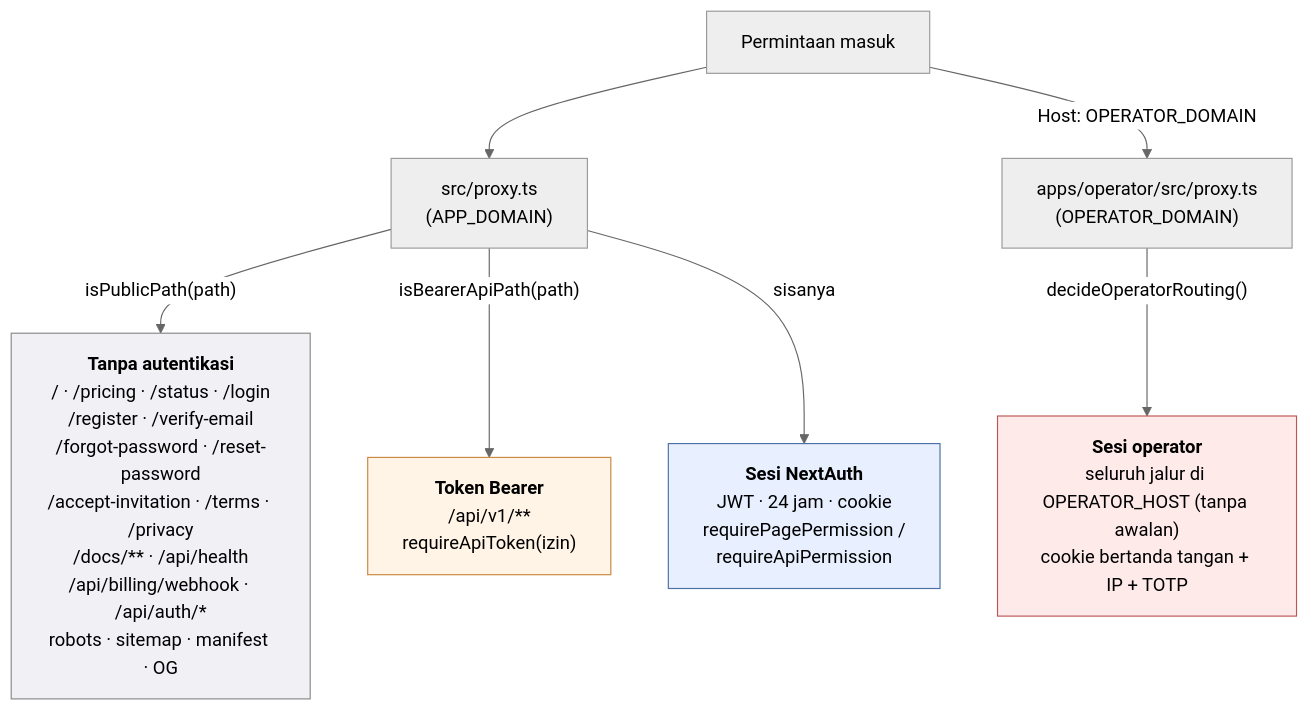
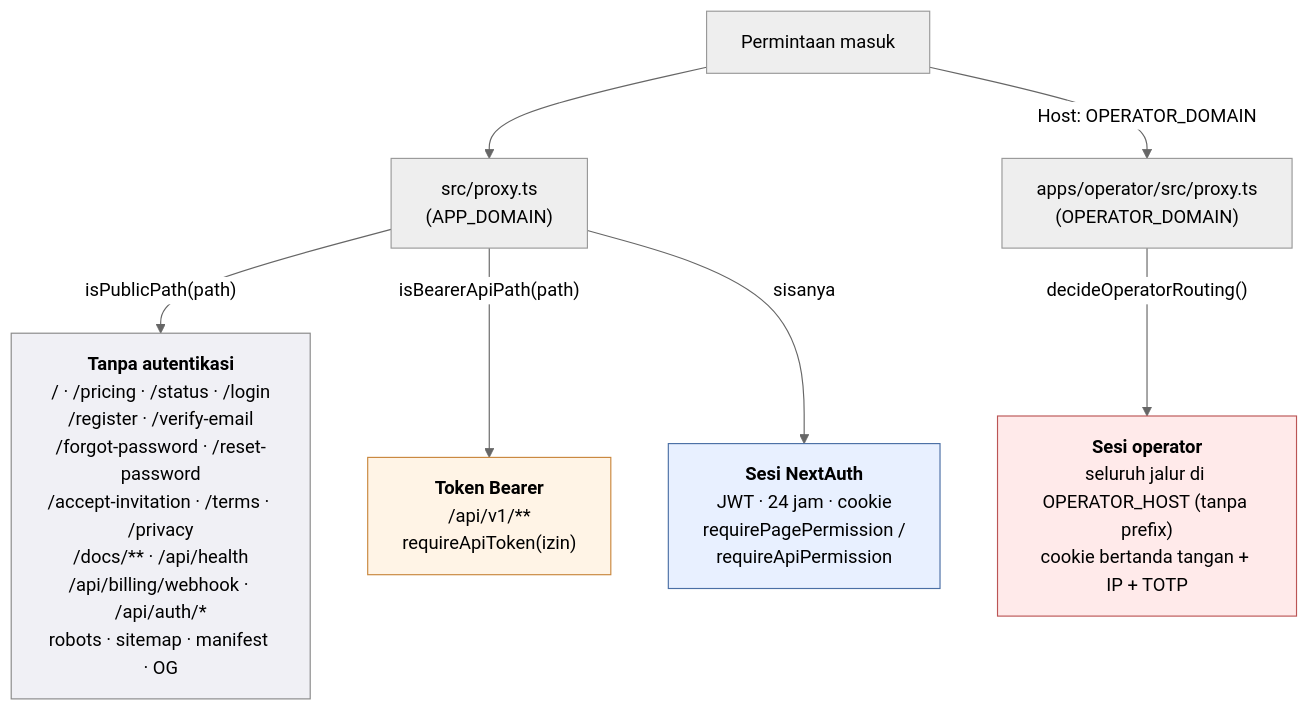
Before and after one commit to tri-evendi/sai-accounting: the first of 3 diagrams in docs/arsitektur/05-API-KOMUNIKASI.md, drawn with Mermaid (neutral theme). The commit also changed other lines of this file and 28 other files, not shown here.

````diff
--- a/docs/arsitektur/05-API-KOMUNIKASI.md
+++ b/docs/arsitektur/05-API-KOMUNIKASI.md
@@ -27,22 +27,22 @@
 ```mermaid
 graph TB
     REQ["Permintaan masuk"]
     PROXY["src/proxy.ts<br/>(APP_DOMAIN)"]
     OPROXY["apps/operator/src/proxy.ts<br/>(OPERATOR_DOMAIN)"]
 
     REQ --> PROXY
     REQ -->|"Host: OPERATOR_DOMAIN"| OPROXY
 
     PROXY -->|"isPublicPath(path)"| PUB["<b>Tanpa autentikasi</b><br/>/ · /pricing · /status · /login<br/>/register · /verify-email<br/>/forgot-password · /reset-password<br/>/accept-invitation · /terms · /privacy<br/>/docs/** · /api/health<br/>/api/billing/webhook · /api/auth/*<br/>robots · sitemap · manifest · OG"]
 
     PROXY -->|"isBearerApiPath(path)"| BEARER["<b>Token Bearer</b><br/>/api/v1/**<br/>requireApiToken(izin)"]
 
-    OPROXY -->|"decideOperatorRouting()"| OPS["<b>Sesi operator</b><br/>seluruh jalur di OPERATOR_HOST (tanpa awalan)<br/>cookie bertanda tangan + IP + TOTP"]
+    OPROXY -->|"decideOperatorRouting()"| OPS["<b>Sesi operator</b><br/>seluruh jalur di OPERATOR_HOST (tanpa prefix)<br/>cookie bertanda tangan + IP + TOTP"]
 
     PROXY -->|sisanya| SESS["<b>Sesi NextAuth</b><br/>JWT · 24 jam · cookie<br/>requirePagePermission /<br/>requireApiPermission"]
 
     style PUB fill:#f0f0f5,stroke:#888
     style BEARER fill:#fff4e6,stroke:#c9873d
     style OPS fill:#ffeaea,stroke:#b55
     style SESS fill:#e8f0ff,stroke:#4a6fa5
 ```
````
